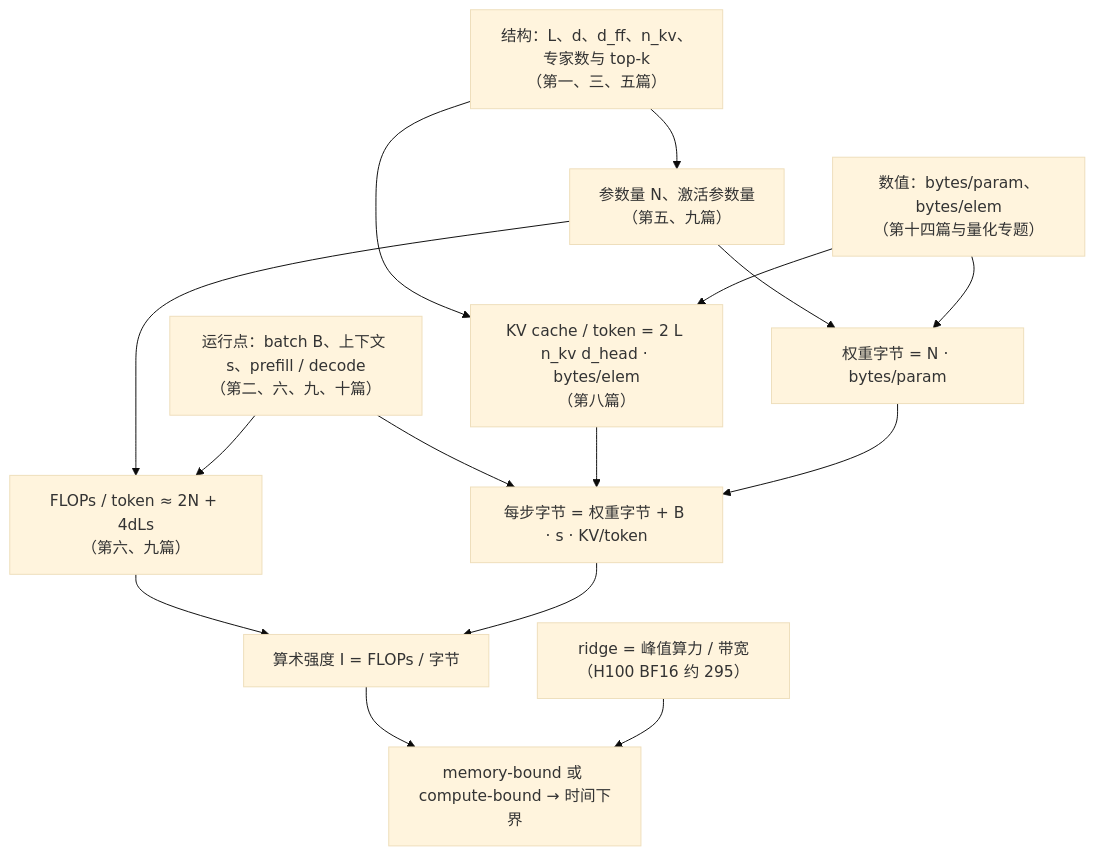
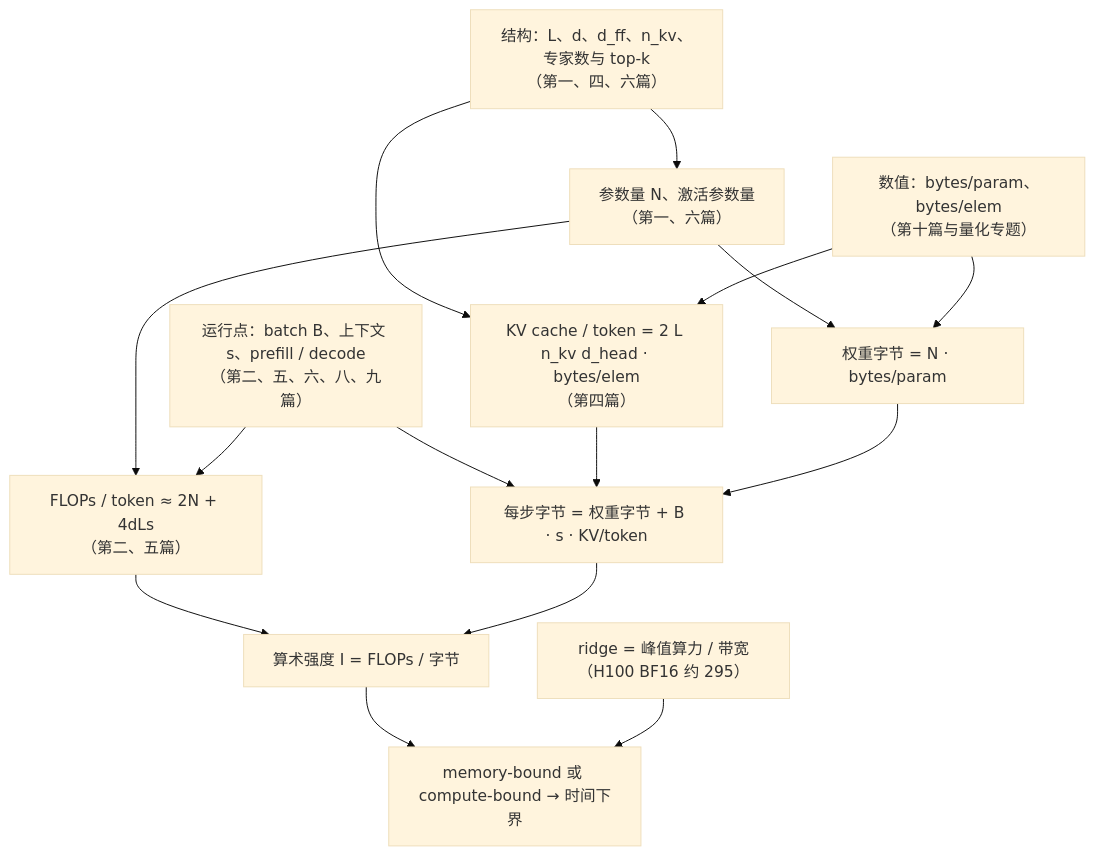
The second of 2 diagrams in _posts/2026-04-09-transformer-and-llm-series-recap-and-self-test.md (arganzheng/arganzheng.github.com), drawn with Mermaid (base theme) before and after one commit. The commit also changed other lines of this file and 22 other files, not shown here.

````diff
--- a/_posts/2026-04-09-transformer-and-llm-series-recap-and-self-test.md
+++ b/_posts/2026-04-09-transformer-and-llm-series-recap-and-self-test.md
@@ -303,29 +239,29 @@
 ```mermaid
-%% 图：第二段共用的成本模型：结构与数值决定参数量、权重字节与 KV cache，运行点决定工作点，算术强度与 ridge 比较
+%% 图：本系列共用的成本模型：结构与数值决定参数量、权重字节与 KV cache，运行点决定工作点，算术强度与 ridge 比较
 flowchart TB
-    S["结构：L、d、d_ff、n_kv、专家数与 top-k<br/>（第一、三、五篇）"]
-    N["参数量 N、激活参数量<br/>（第五、九篇）"]
-    K["KV cache / token = 2 L n_kv d_head · bytes/elem<br/>（第八篇）"]
-    D["数值：bytes/param、bytes/elem<br/>（第十四篇与量化专题）"]
+    S["结构：L、d、d_ff、n_kv、专家数与 top-k<br/>（第一、四、六篇）"]
+    N["参数量 N、激活参数量<br/>（第一、六篇）"]
+    K["KV cache / token = 2 L n_kv d_head · bytes/elem<br/>（第四篇）"]
+    D["数值：bytes/param、bytes/elem<br/>（第十篇与量化专题）"]
     W["权重字节 = N · bytes/param"]
-    F["FLOPs / token ≈ 2N + 4dLs<br/>（第六、九篇）"]
-    R["运行点：batch B、上下文 s、prefill / decode<br/>（第二、六、九、十篇）"]
+    F["FLOPs / token ≈ 2N + 4dLs<br/>（第二、五篇）"]
+    R["运行点：batch B、上下文 s、prefill / decode<br/>（第二、五、六、八、九篇）"]
     H["每步字节 = 权重字节 + B · s · KV/token"]
     I["算术强度 I = FLOPs / 字节"]
     G["ridge = 峰值算力 / 带宽（H100 BF16 约 295）"]
     T["memory-bound 或 compute-bound → 时间下界"]
     S --> N
     S --> K
     N --> W
     D --> W
     D --> K
     N --> F
     R --> F
     R --> H
     K --> H
     W --> H
     F --> I
     H --> I
     I --> T
     G --> T
 ```
````
